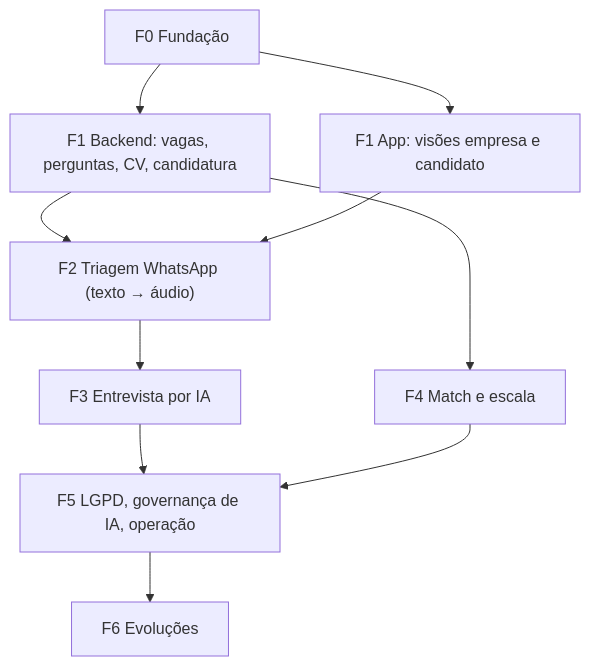
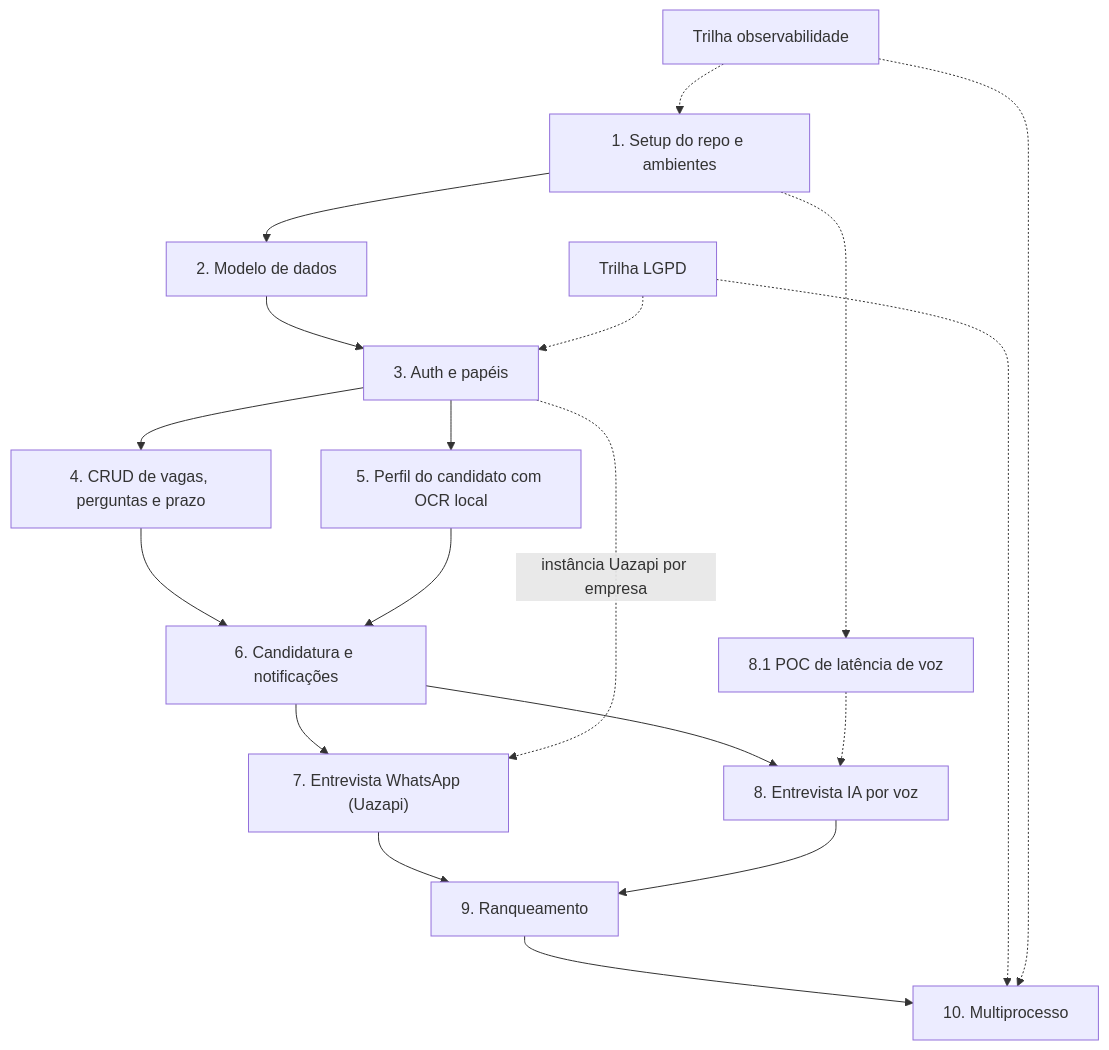
The second of 2 diagrams in docs/plano-implementacao.md (RenatoBS/sistema-candidatura-vagas), drawn with Mermaid before and after one commit. The commit also changed other lines of this file and 23 other files, not shown here.

First line of the commit message:
docs: incorpora decisões da revisão (voz em tempo real, 10 fases, regras de vaga e entrevista)

````diff
--- a/docs/plano-implementacao.md
+++ b/docs/plano-implementacao.md
@@ -149,12 +152,21 @@
 ```mermaid
 flowchart TD
-  F0["F0 Fundação"] --> F1B["F1 Backend: vagas, perguntas, CV, candidatura"]
-  F0 --> F1M["F1 App: visões empresa e candidato"]
-  F1B --> F2["F2 Triagem WhatsApp (texto → áudio)"]
-  F1M --> F2
-  F2 --> F3["F3 Entrevista por IA"]
-  F1B --> F4["F4 Match e escala"]
-  F3 --> F5["F5 LGPD, governança de IA, operação"]
-  F4 --> F5
-  F5 --> F6["F6 Evoluções"]
+  F1["1. Setup do repo e ambientes"] --> F2["2. Modelo de dados"]
+  F2 --> F3["3. Auth e papéis"]
+  F3 --> F4["4. CRUD de vagas, perguntas e prazo"]
+  F3 --> F5["5. Perfil do candidato com OCR local"]
+  F4 --> F6["6. Candidatura e notificações"]
+  F5 --> F6
+  F6 --> F7["7. Entrevista WhatsApp (Uazapi)"]
+  F6 --> F8["8. Entrevista IA por voz"]
+  POC["8.1 POC de latência de voz"] -.-> F8
+  F1 -.-> POC
+  F3 -. "instância Uazapi por empresa" .-> F7
+  F7 --> F9["9. Ranqueamento"]
+  F8 --> F9
+  F9 --> F10["10. Multiprocesso"]
+  LGPD["Trilha LGPD"] -.-> F3
+  LGPD -.-> F10
+  OBS["Trilha observabilidade"] -.-> F1
+  OBS -.-> F10
 ```
````
